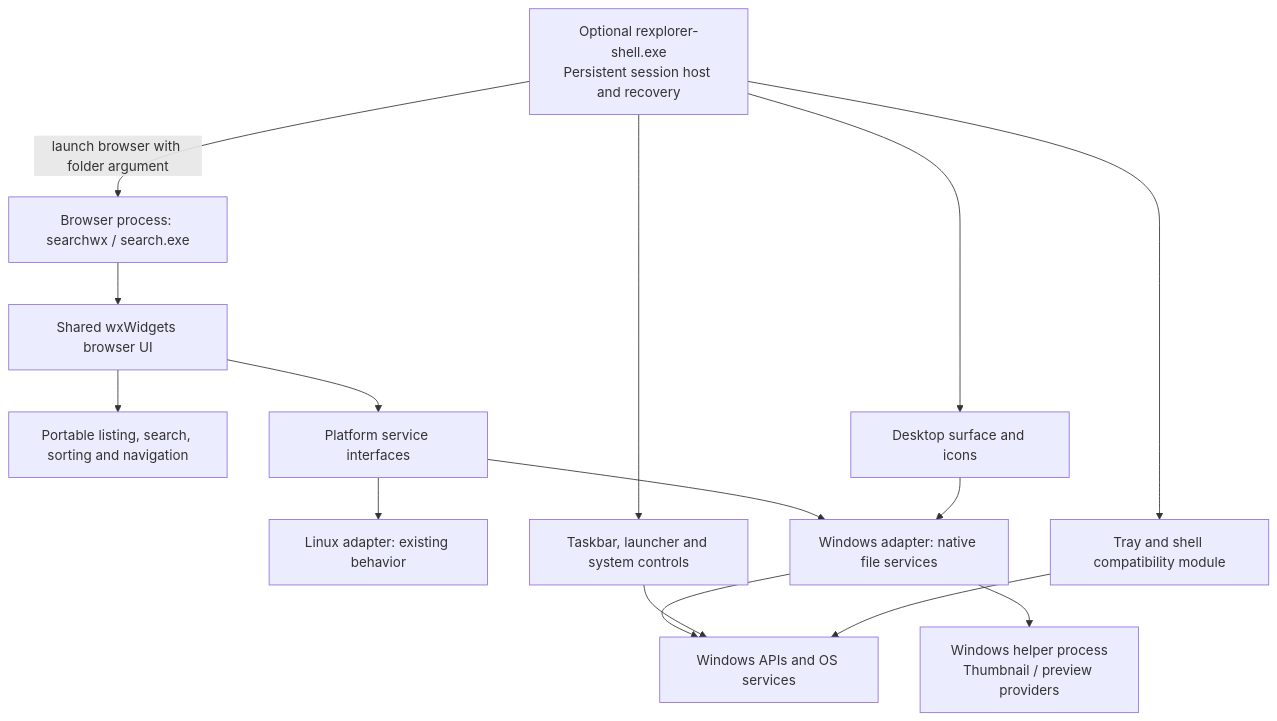
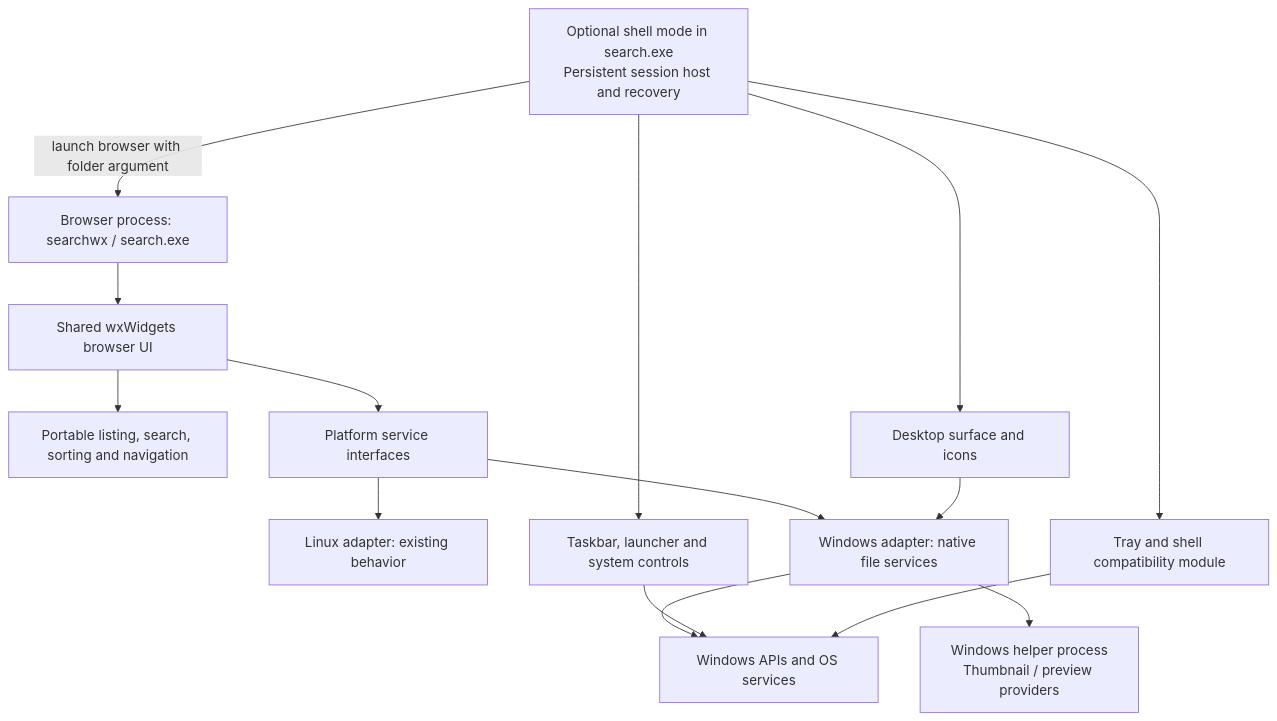
One commit to ossi1801/wx_search changed the diagram in docs/windows-shell-plan.md. Above: the diagram before and after it, drawn with Mermaid. The commit also changed other lines of this file and 16 other files, not shown here.

````diff
--- a/docs/windows-shell-plan.md
+++ b/docs/windows-shell-plan.md
@@ -31,28 +48,28 @@
 ```mermaid
 flowchart TB
     Browser["Browser process: searchwx / search.exe"]
     UI["Shared wxWidgets browser UI"]
     Core["Portable listing, search, sorting and navigation"]
     API["Platform service interfaces"]
     Linux["Linux adapter: existing behavior"]
     Windows["Windows adapter: native file services"]
-    Shell["Optional rexplorer-shell.exe\nPersistent session host and recovery"]
+    Shell["Optional shell mode in search.exe\nPersistent session host and recovery"]
     Desktop["Desktop surface and icons"]
     Panel["Taskbar, launcher and system controls"]
     Compat["Tray and shell compatibility module"]
     Worker["Windows helper process\nThumbnail / preview providers"]
     OS["Windows APIs and OS services"]
     Browser --> UI --> Core
     UI --> API
     API --> Linux
     API --> Windows
     Windows --> OS
     Windows --> Worker
     Shell --> Desktop
     Shell --> Panel
     Shell --> Compat
     Desktop --> Windows
     Panel --> OS
     Compat --> OS
     Shell -->|"launch browser with folder argument"| Browser
 ```
````
